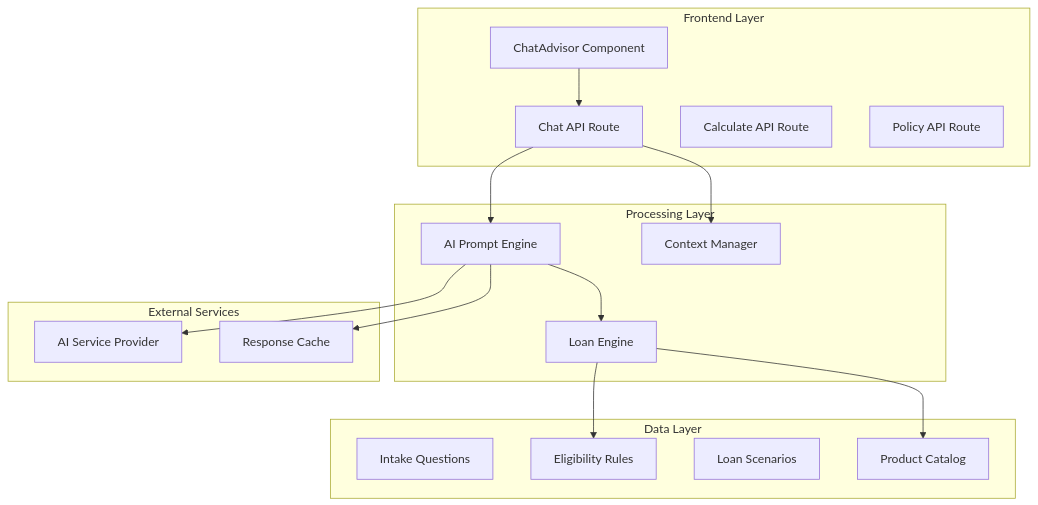
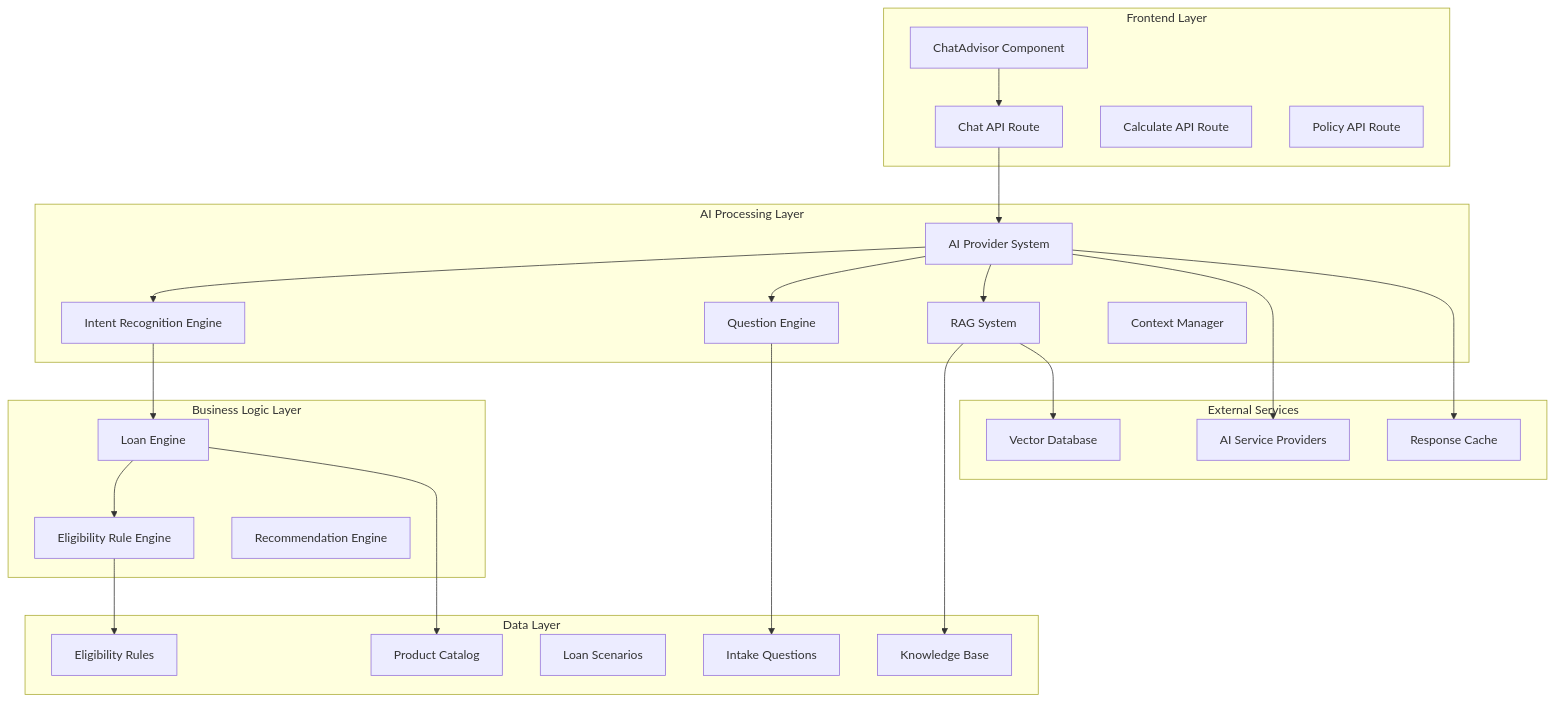
The first of 8 diagrams in .qoder/repowiki/en/content/Chat Interface/AI Processing Engine.md (alibaba-hackathon-fsi/frontend-vaya), drawn with Mermaid before and after one commit. The commit also changed other lines of this file and 77 other files, not shown here.

````diff
--- a/.qoder/repowiki/en/content/Chat Interface/AI Processing Engine.md
+++ b/.qoder/repowiki/en/content/Chat Interface/AI Processing Engine.md
@@ -38,32 +51,47 @@
 ```mermaid
 graph TB
 subgraph "Frontend Layer"
 UI[ChatAdvisor Component]
 API_Chat[Chat API Route]
 API_Calculate[Calculate API Route]
 API_Policy[Policy API Route]
 end
+subgraph "AI Processing Layer"
+ProviderSystem[AI Provider System]
+IntentRecognition[Intent Recognition Engine]
+QuestionEngine[Question Engine]
+RAGSystem[RAG System]
+ContextManager[Context Manager]
+end
+subgraph "Business Logic Layer"
+LoanEngine[Loan Engine]
+RuleEngine[Eligibility Rule Engine]
+RecommendationEngine[Recommendation Engine]
+end
 subgraph "Data Layer"
 Intake[Intake Questions]
 Rules[Eligibility Rules]
 Scenarios[Loan Scenarios]
 Products[Product Catalog]
-end
-subgraph "Processing Layer"
-LoanEngine[Loan Engine]
-AIPrompt[AI Prompt Engine]
-ContextMgr[Context Manager]
+KnowledgeBase[Knowledge Base]
 end
 subgraph "External Services"
-AIService[AI Service Provider]
+AIService[AI Service Providers]
 Cache[Response Cache]
+VectorDB[Vector Database]
 end
 UI --> API_Chat
-API_Chat --> AIPrompt
-API_Chat --> ContextMgr
-AIPrompt --> LoanEngine
-LoanEngine --> Rules
+API_Chat --> ProviderSystem
+ProviderSystem --> IntentRecognition
+ProviderSystem --> QuestionEngine
+ProviderSystem --> RAGSystem
+IntentRecognition --> LoanEngine
+QuestionEngine --> Intake
+RAGSystem --> KnowledgeBase
+RAGSystem --> VectorDB
+LoanEngine --> RuleEngine
+RuleEngine --> Rules
 LoanEngine --> Products
-AIPrompt --> AIService
-AIPrompt --> Cache
+ProviderSystem --> AIService
+ProviderSystem --> Cache
 ```
````
